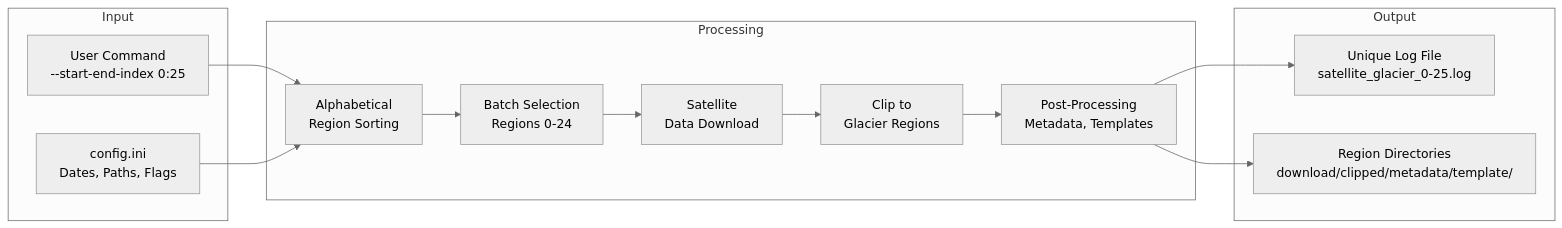
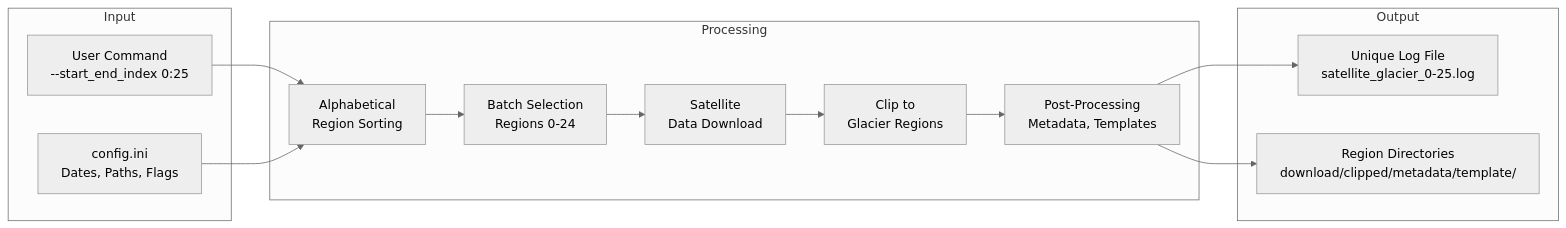
One commit to bidhya/greenland-glacier-flow changed the second of 11 diagrams in docs/ARCHITECTURE.md. Above: the diagram before and after it, drawn with Mermaid (neutral theme). The commit also changed other lines of this file and 9 other files, not shown here.

````diff
--- a/docs/ARCHITECTURE.md
+++ b/docs/ARCHITECTURE.md
@@ -62,29 +62,29 @@
 ```mermaid
 flowchart LR
     subgraph "Input"
-        USER[User Command<br/>--start-end-index 0:25]
+        USER[User Command<br/>--start_end_index 0:25]
         CFG[config.ini<br/>Dates, Paths, Flags]
     end
     
     subgraph "Processing"
         SORT[Alphabetical<br/>Region Sorting]
         BATCH[Batch Selection<br/>Regions 0-24]
         DOWNLOAD[Satellite<br/>Data Download]
         CLIP[Clip to<br/>Glacier Regions]
         POST[Post-Processing<br/>Metadata, Templates]
     end
     
     subgraph "Output"
         LOGS[Unique Log File<br/>satellite_glacier_0-25.log]
         DATA[Region Directories<br/>download/clipped/metadata/template/]
     end
     
     USER --> SORT
     CFG --> SORT
     SORT --> BATCH
     BATCH --> DOWNLOAD
     DOWNLOAD --> CLIP
     CLIP --> POST
     POST --> LOGS
     POST --> DATA
 ```
````
